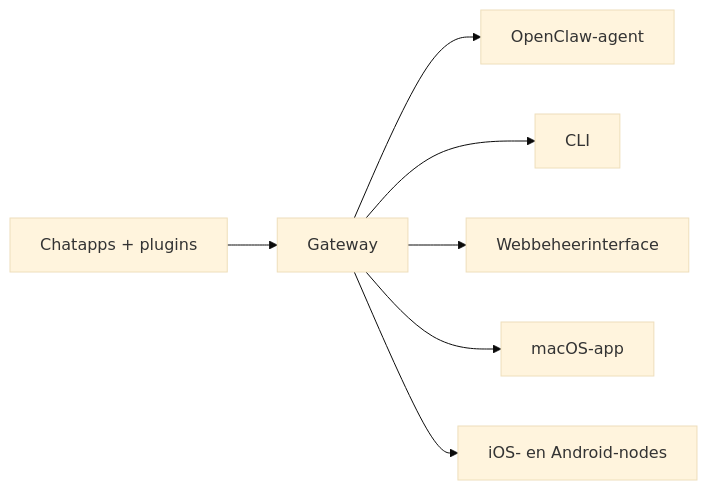
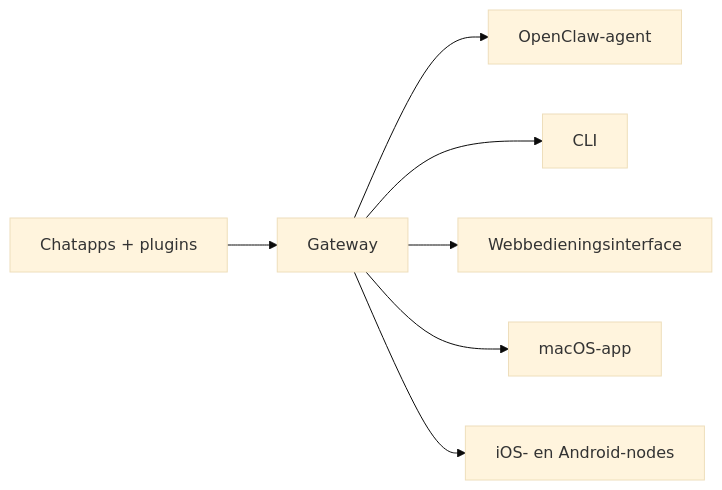
One commit to openclaw/docs changed the diagram in docs/nl/index.md. Above: the diagram before and after it, drawn with Mermaid (base theme). The commit also changed other lines of this file and 6121 other files, not shown here.

````diff
--- a/docs/nl/index.md
+++ b/docs/nl/index.md
@@ -113,9 +114,9 @@
 ```mermaid
 flowchart LR
   A["Chatapps + plugins"] --> B["Gateway"]
   B --> C["OpenClaw-agent"]
   B --> D["CLI"]
-  B --> E["Webbeheerinterface"]
+  B --> E["Webbedieningsinterface"]
   B --> F["macOS-app"]
   B --> G["iOS- en Android-nodes"]
 ```
````
